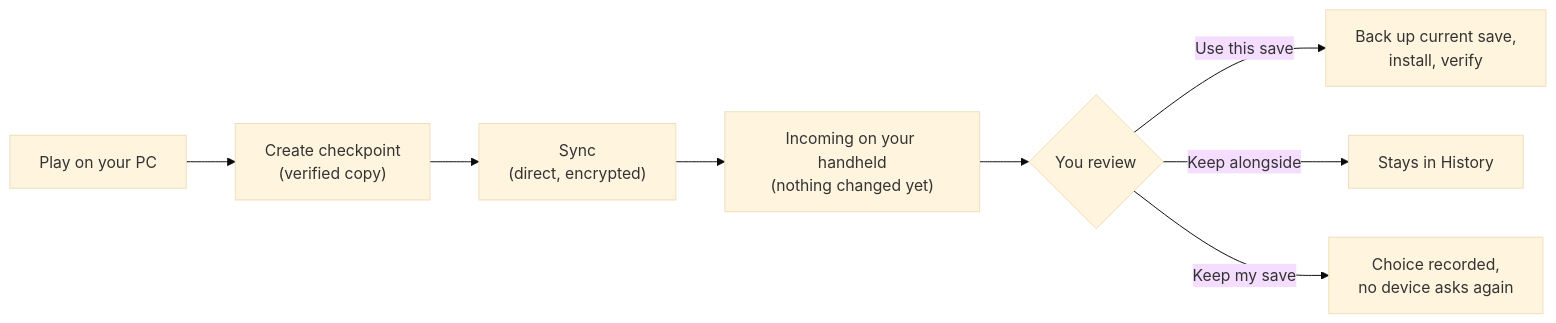
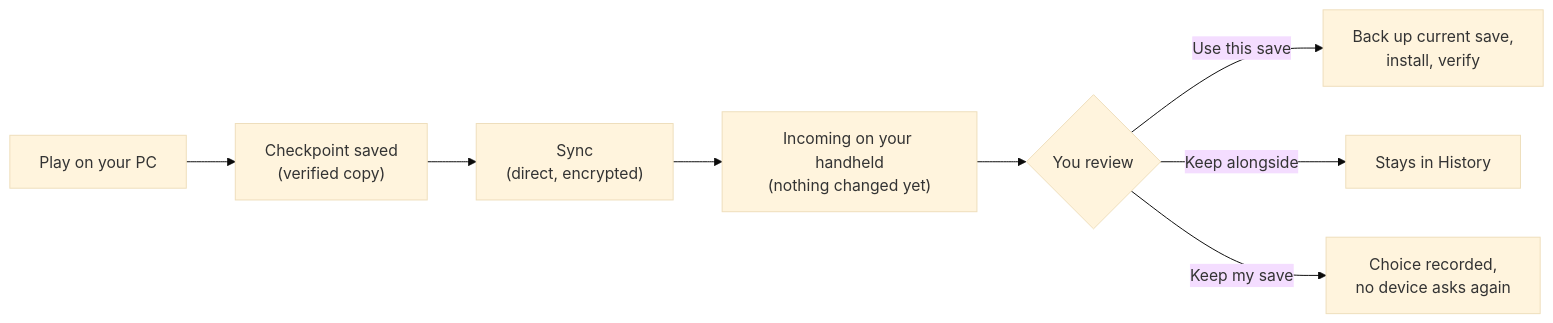
Before and after one commit to drluciano/doki: the diagram in README.md, drawn with Mermaid (base theme). The commit also changed other lines of this file and 17 other files, not shown here.

````diff
--- a/README.md
+++ b/README.md
@@ -56,10 +60,10 @@
 ```mermaid
 flowchart LR
-    A["Play on your PC"] --> B["Create checkpoint<br/>(verified copy)"]
+    A["Play on your PC"] --> B["Checkpoint saved<br/>(verified copy)"]
     B --> C["Sync<br/>(direct, encrypted)"]
     C --> D["Incoming on your handheld<br/>(nothing changed yet)"]
     D --> E{"You review"}
     E -->|Use this save| F["Back up current save,<br/>install, verify"]
     E -->|Keep alongside| G["Stays in History"]
     E -->|Keep my save| H["Choice recorded,<br/>no device asks again"]
 ```
````
